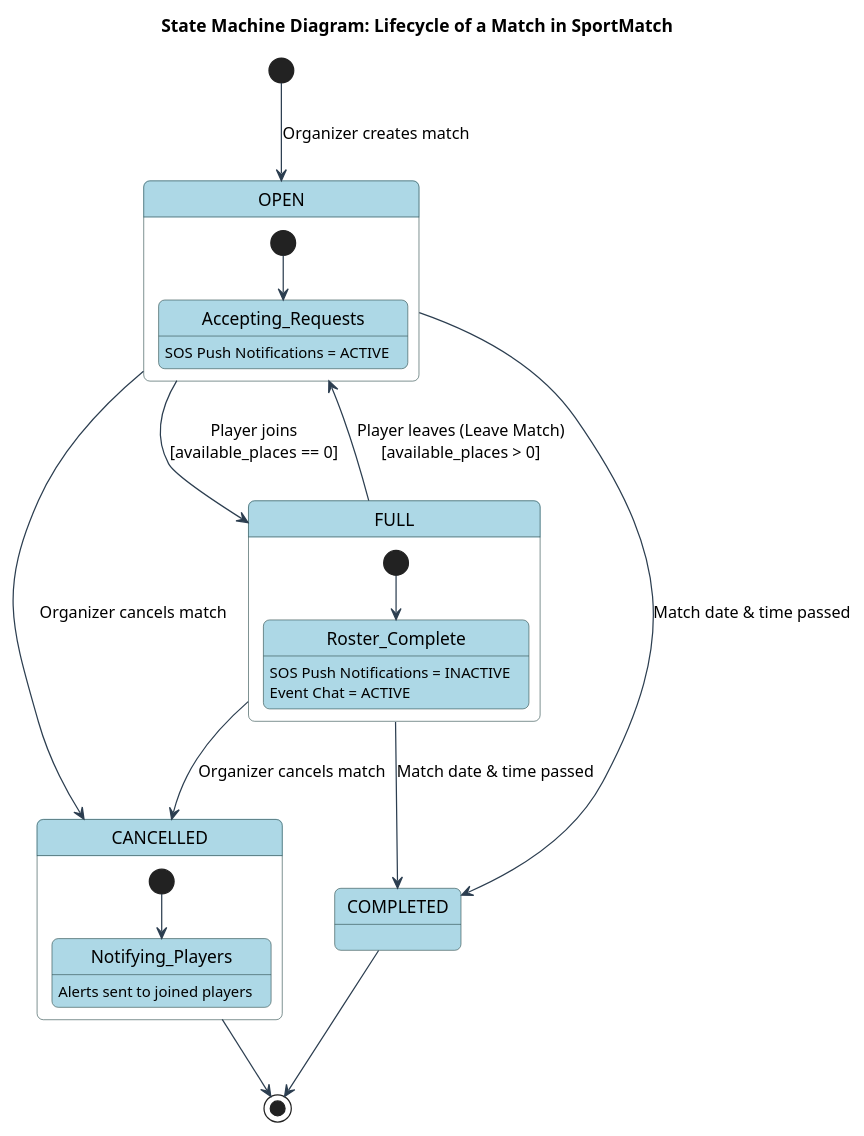
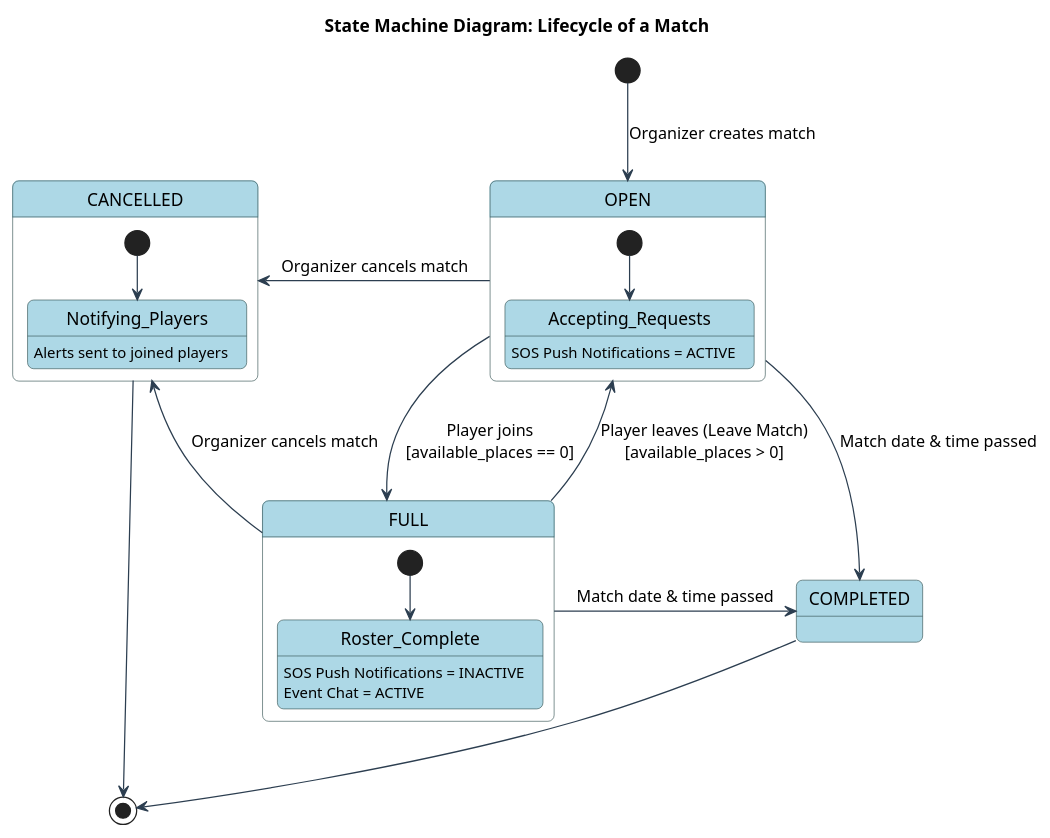
The diagram in UML/StateMachine.puml (MarianiFabio/sport-matchmaker-flutter), drawn with PlantUML before and after one commit. The commit also changed 24 other files, not shown here.

Commit message:
Ultime modifiche UML e tentativo di collegare DB a App

```diff
--- a/UML/StateMachine.puml
+++ b/UML/StateMachine.puml
@@ -1,40 +1,40 @@
 @startuml
 skinparam roundcorner 10
 skinparam state {
   BackgroundColor LightBlue
   BorderColor DarkSlateGray
   ArrowColor #2C3E50
 }
 
-title State Machine Diagram: Lifecycle of a Match in SportMatch
+title State Machine Diagram: Lifecycle of a Match
 
 [*] --> OPEN : Organizer creates match
 
 state OPEN {
   [*] --> Accepting_Requests
   Accepting_Requests : SOS Push Notifications = ACTIVE
 }
 
 state FULL {
   [*] --> Roster_Complete
   Roster_Complete : SOS Push Notifications = INACTIVE
   Roster_Complete : Event Chat = ACTIVE
 }
 
 state CANCELLED {
   [*] --> Notifying_Players
   Notifying_Players : Alerts sent to joined players
 }
 
 OPEN --> FULL : Player joins\n[available_places == 0]
 FULL --> OPEN : Player leaves (Leave Match)\n[available_places > 0]
 
-OPEN --> CANCELLED : Organizer cancels match
-FULL --> CANCELLED : Organizer cancels match
+OPEN -left-> CANCELLED : Organizer cancels match
+FULL -left-> CANCELLED : Organizer cancels match
 
-OPEN --> COMPLETED : Match date & time passed
-FULL --> COMPLETED : Match date & time passed
+OPEN -right-> COMPLETED : Match date & time passed
+FULL -right-> COMPLETED : Match date & time passed
 
 CANCELLED --> [*]
 COMPLETED --> [*]
 @enduml
```
